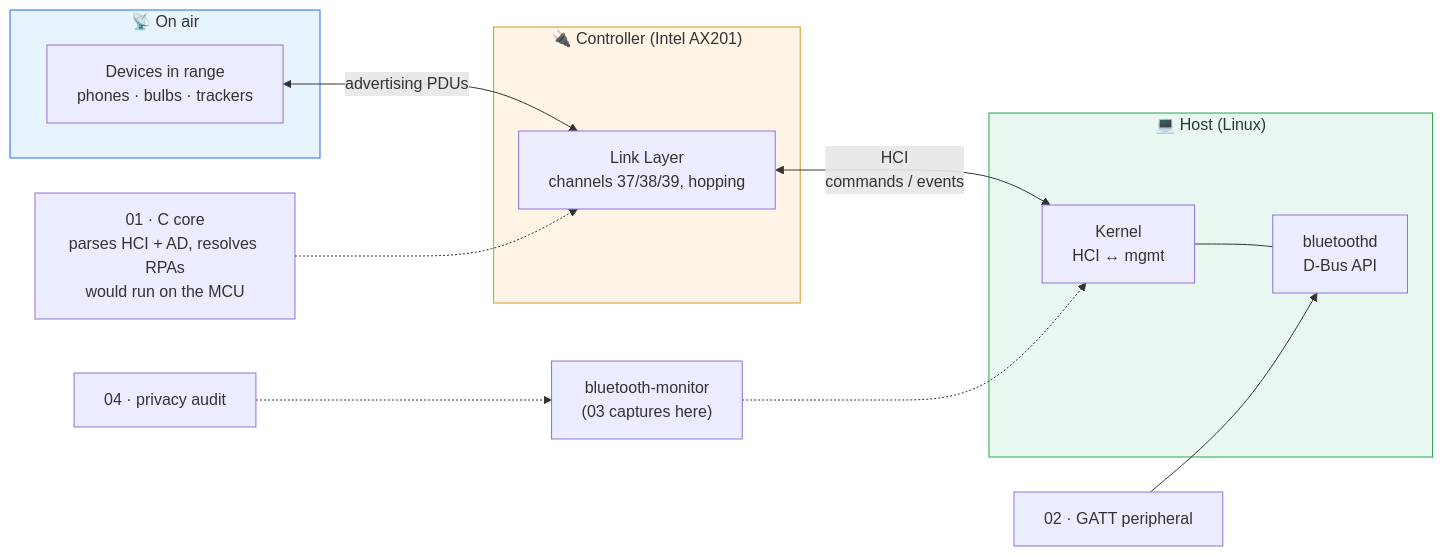
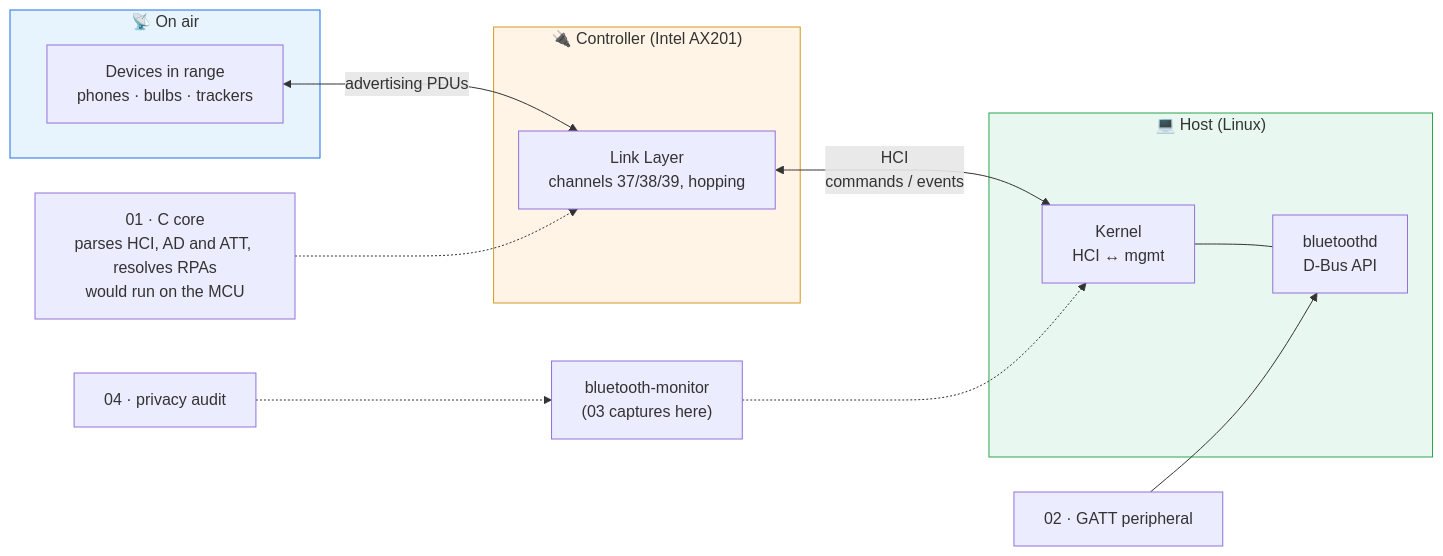
One commit to Yihao23/ble-lab changed the diagram in README.md. Above: the diagram before and after it, drawn with Mermaid. The commit also changed other lines of this file and 16 other files, not shown here.

````diff
--- a/README.md
+++ b/README.md
@@ -24,28 +24,28 @@
 ```mermaid
 graph LR
     subgraph Air["📡 On air"]
         DEV["Devices in range<br/>phones · bulbs · trackers"]
     end
 
     subgraph Controller["🔌 Controller (Intel AX201)"]
         LL["Link Layer<br/>channels 37/38/39, hopping"]
     end
 
     subgraph Host["💻 Host (Linux)"]
         K["Kernel<br/>HCI ↔ mgmt"]
         BZ["bluetoothd<br/>D-Bus API"]
         K --- BZ
     end
 
     DEV <-->|"advertising PDUs"| LL
     LL <-->|"HCI<br/>commands / events"| K
 
     MON["bluetooth-monitor<br/>(03 captures here)"] -.-> K
-    C01["01 · C core<br/>parses HCI + AD, resolves RPAs<br/>would run on the MCU"] -.-> LL
+    C01["01 · C core<br/>parses HCI, AD and ATT, resolves RPAs<br/>would run on the MCU"] -.-> LL
     P02["02 · GATT peripheral"] --> BZ
     A04["04 · privacy audit"] -.-> MON
 
     style Air fill:#e8f4fd,stroke:#1f6feb
     style Controller fill:#fff4e6,stroke:#d29922
     style Host fill:#e8f8f0,stroke:#2da44e
 ```
````
